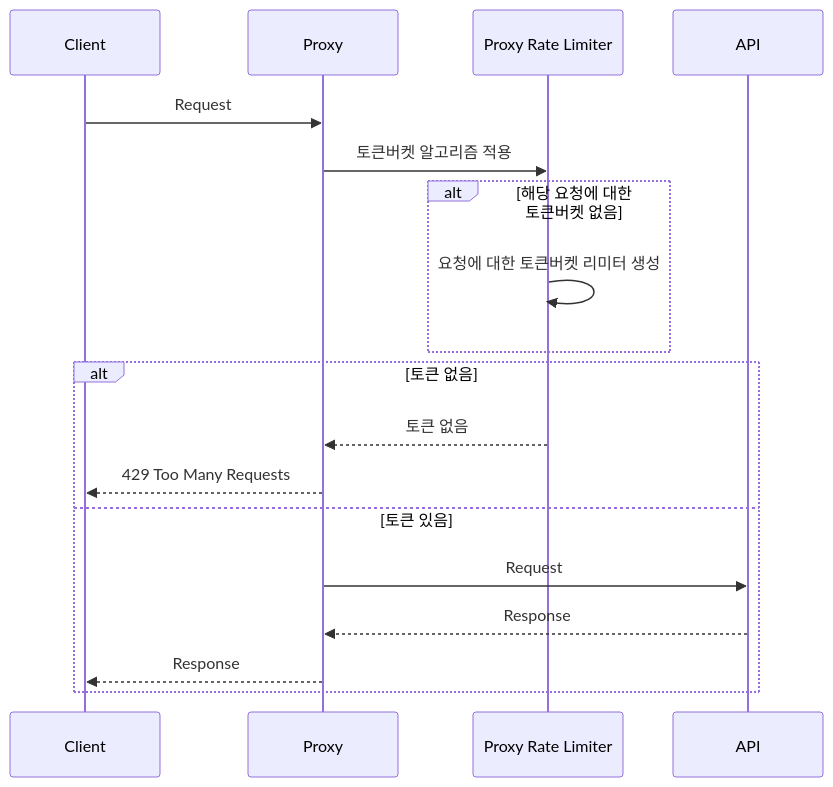
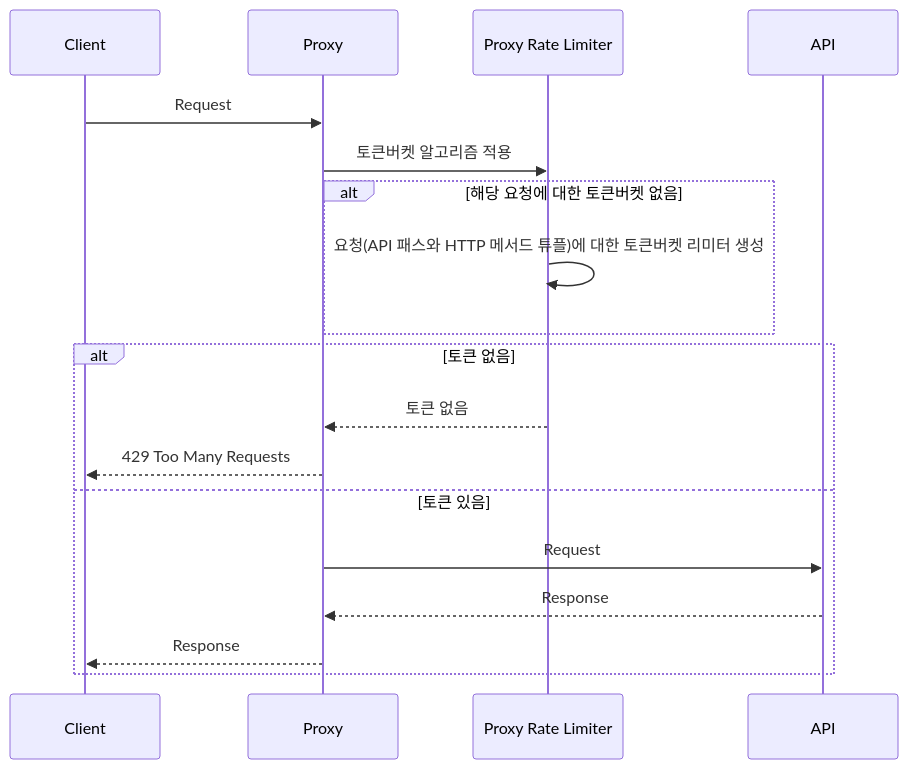
The diagram in chapter_04_design_a_rate_limiter/README.md (ohdowon064/implementing-system-design-interview), drawn with Mermaid before and after one commit.

````diff
--- a/chapter_04_design_a_rate_limiter/README.md
+++ b/chapter_04_design_a_rate_limiter/README.md
@@ -18,20 +18,20 @@
 ```mermaid
 sequenceDiagram
     participant c as Client
     participant p as Proxy
     participant prl as Proxy Rate Limiter
     participant a as API
     c->>p: Request
     p->>prl: 토큰버켓 알고리즘 적용
     alt 해당 요청에 대한 토큰버켓 없음
-    prl->>prl: 요청에 대한 토큰버켓 리미터 생성
+    prl->>prl: 요청(API 패스와 HTTP 메서드 튜플)에 대한 토큰버켓 리미터 생성
     end
     alt 토큰 없음
     prl-->>p: 토큰 없음
     p-->>c: 429 Too Many Requests
     else 토큰 있음
     p->>a: Request
     a-->>p: Response
     p-->>c: Response
     end
 ```
````
